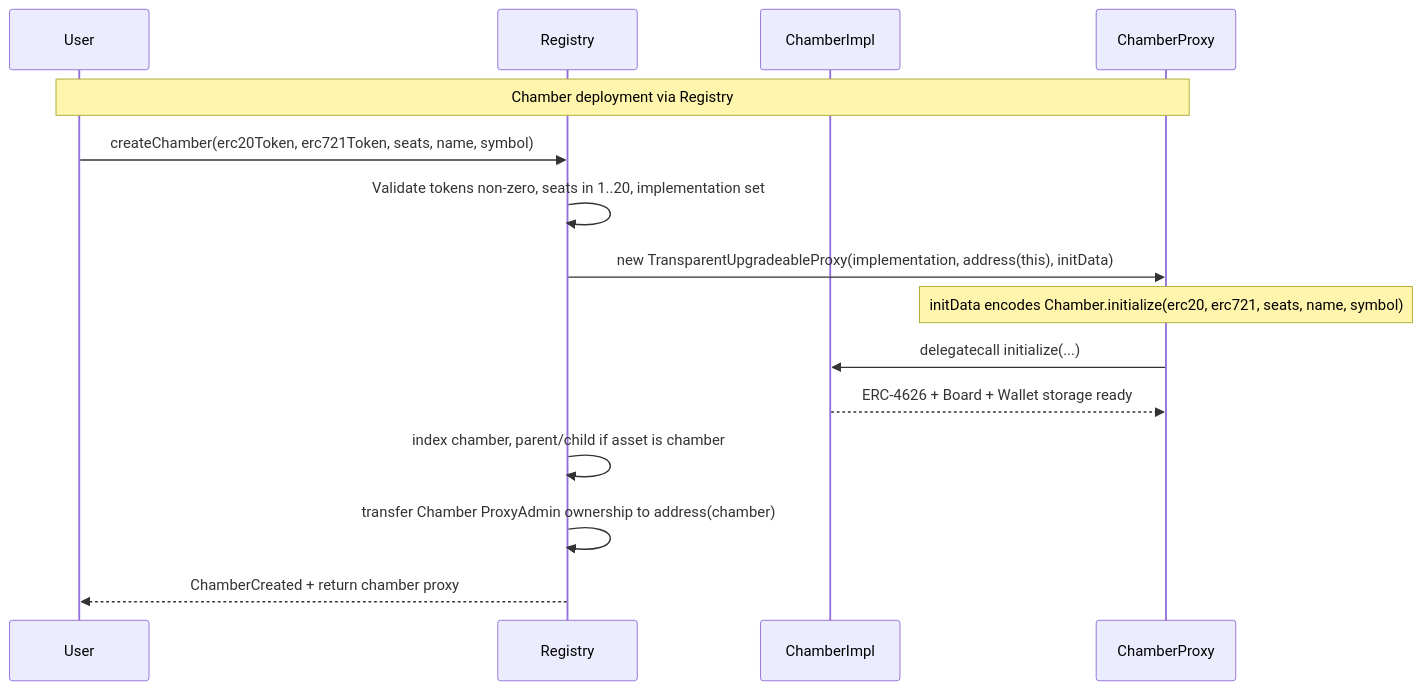
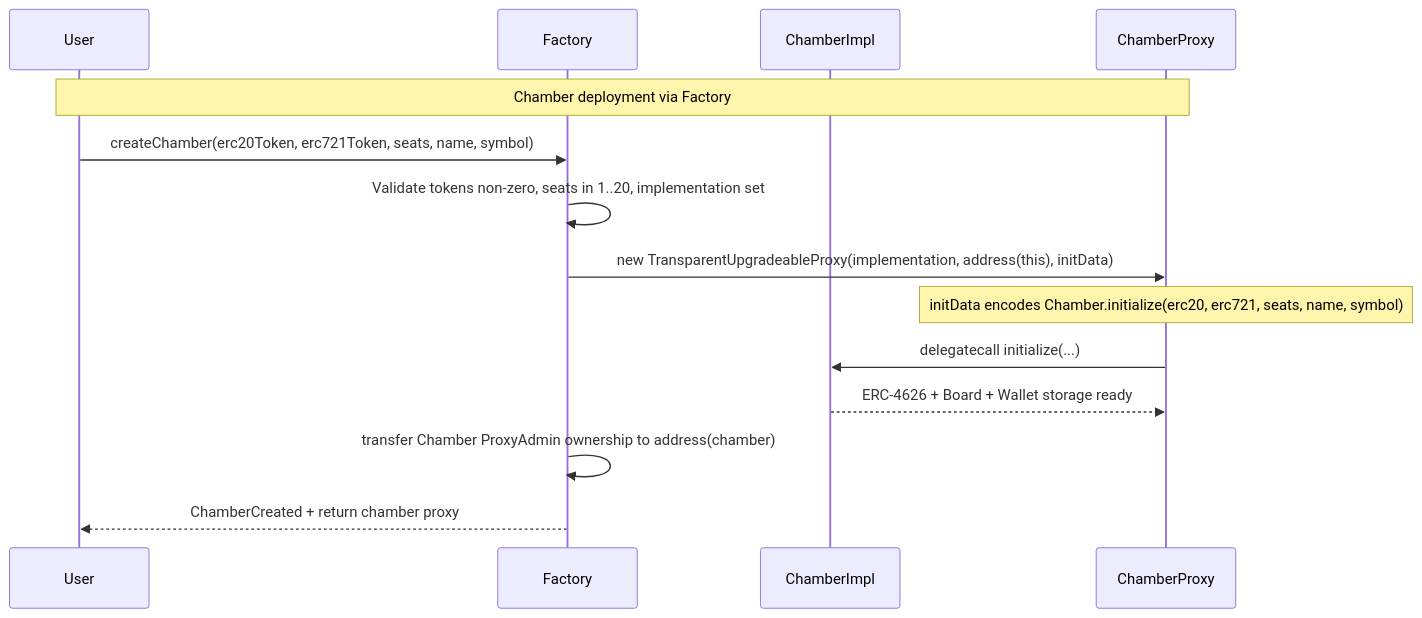
Before and after one commit to loreum-org/chamber: the fourth of 11 diagrams in app/src/docs/reference/sequence-diagrams.md, drawn with Mermaid. The commit also changed other lines of this file and 13 other files, not shown here.

First line of the commit message:
docs: align in-app docs and whitepaper §2 with Factory architecture

````diff
--- a/app/src/docs/reference/sequence-diagrams.md
+++ b/app/src/docs/reference/sequence-diagrams.md
@@ -239,24 +239,23 @@
 ```mermaid
 sequenceDiagram
     participant User
-    participant Registry
+    participant Factory
     participant ChamberImpl
     participant ChamberProxy
 
-    Note over User,ChamberProxy: Chamber deployment via Registry
+    Note over User,ChamberProxy: Chamber deployment via Factory
 
-    User->>Registry: createChamber(erc20Token, erc721Token, seats, name, symbol)
+    User->>Factory: createChamber(erc20Token, erc721Token, seats, name, symbol)
 
-    Registry->>Registry: Validate tokens non-zero, seats in 1..20, implementation set
+    Factory->>Factory: Validate tokens non-zero, seats in 1..20, implementation set
 
-    Registry->>ChamberProxy: new TransparentUpgradeableProxy(implementation, address(this), initData)
+    Factory->>ChamberProxy: new TransparentUpgradeableProxy(implementation, address(this), initData)
     Note over ChamberProxy: initData encodes Chamber.initialize(erc20, erc721, seats, name, symbol)
 
     ChamberProxy->>ChamberImpl: delegatecall initialize(...)
     ChamberImpl-->>ChamberProxy: ERC-4626 + Board + Wallet storage ready
 
-    Registry->>Registry: index chamber, parent/child if asset is chamber
-    Registry->>Registry: transfer Chamber ProxyAdmin ownership to address(chamber)
+    Factory->>Factory: transfer Chamber ProxyAdmin ownership to address(chamber)
 
-    Registry-->>User: ChamberCreated + return chamber proxy
+    Factory-->>User: ChamberCreated + return chamber proxy
 ```
````
